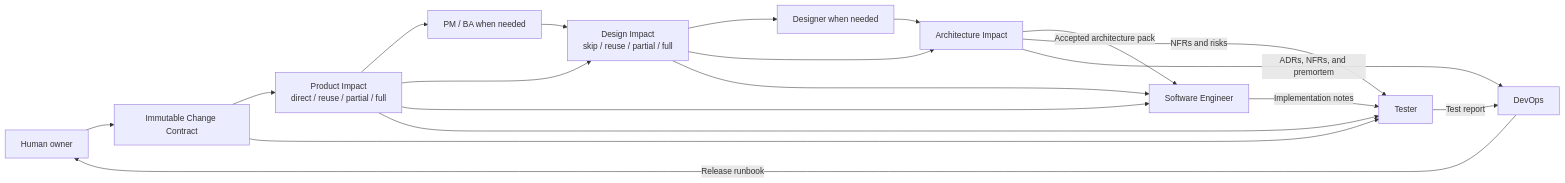
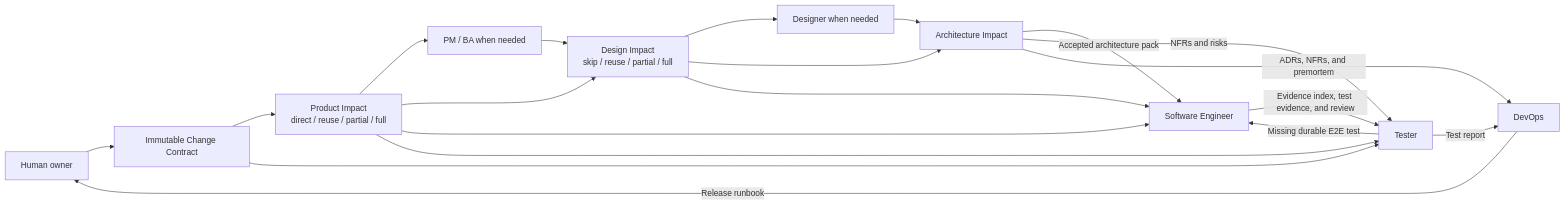
The diagram in guidelines/roles/README.md (davych/agents-instruction), drawn with Mermaid before and after one commit. The commit also changed other lines of this file and 148 other files, not shown here.

````diff
--- a/guidelines/roles/README.md
+++ b/guidelines/roles/README.md
@@ -7,21 +7,22 @@
 ```mermaid
 flowchart LR
   Human["Human owner"] --> Contract["Immutable Change Contract"]
   Contract --> Product["Product Impact<br/>direct / reuse / partial / full"]
   Product --> PMBA["PM / BA when needed"]
   Product --> Design["Design Impact<br/>skip / reuse / partial / full"]
   PMBA --> Design
   Design --> Designer["Designer when needed"]
   Design --> Architect["Architecture Impact"]
   Designer --> Architect
   Product --> Engineer["Software Engineer"]
   Design --> Engineer
   Architect -->|"Accepted architecture pack"| Engineer
   Contract --> Tester["Tester"]
   Product --> Tester
   Architect -->|"NFRs and risks"| Tester
-  Engineer -->|"Implementation notes"| Tester
+  Engineer -->|"Evidence index, test evidence, and review"| Tester
+  Tester -->|"Missing durable E2E test"| Engineer
   Architect -->|"ADRs, NFRs, and premortem"| DevOps["DevOps"]
   Tester -->|"Test report"| DevOps
   DevOps -->|"Release runbook"| Human
 ```
````
